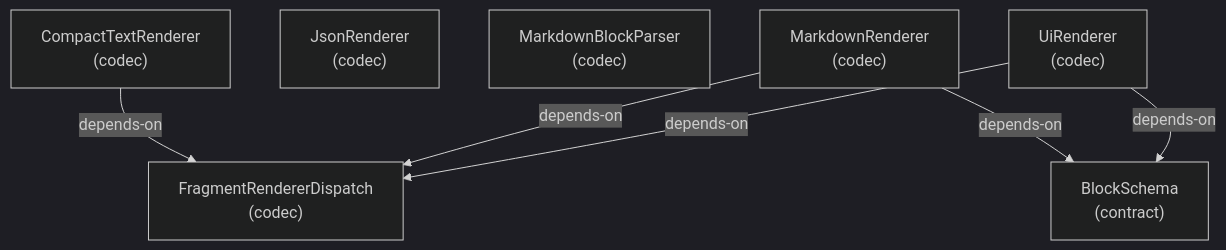
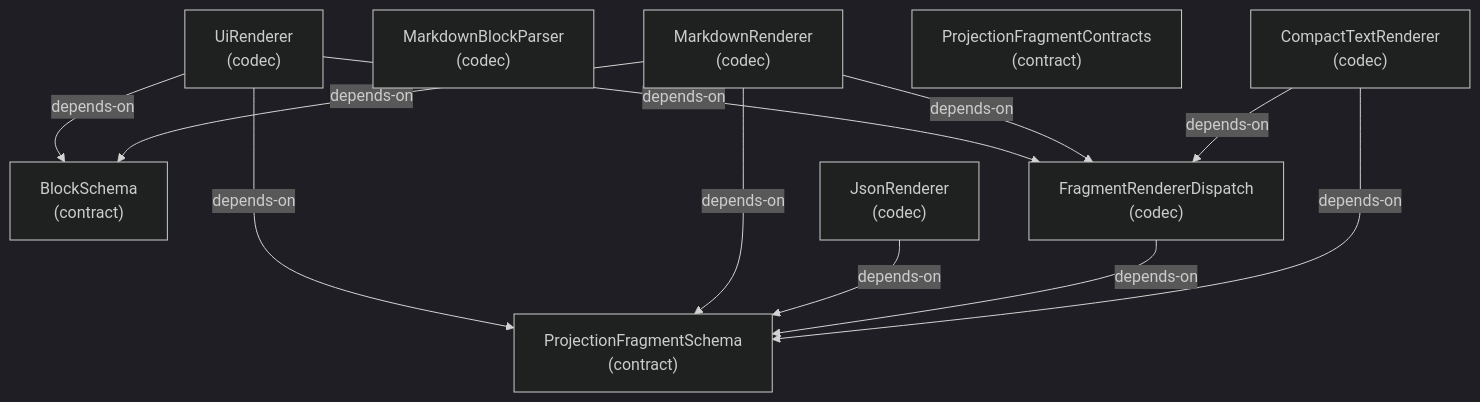
One commit to libar-dev/architect changed diagram 19 of 23 in docs-live/ARCHITECTURE.md. Above: the diagram before and after it, drawn with Mermaid (dark theme). The commit also changed other lines of this file and 32 other files, not shown here.

````diff
--- a/docs-live/ARCHITECTURE.md
+++ b/docs-live/ARCHITECTURE.md
@@ -408,15 +407,22 @@
 ```mermaid
 graph TD
   blockschema["BlockSchema<br/>(contract)"]
   compacttextrenderer["CompactTextRenderer<br/>(codec)"]
   fragmentrendererdispatch["FragmentRendererDispatch<br/>(codec)"]
   jsonrenderer["JsonRenderer<br/>(codec)"]
   markdownblockparser["MarkdownBlockParser<br/>(codec)"]
   markdownrenderer["MarkdownRenderer<br/>(codec)"]
+  projectionfragmentcontracts["ProjectionFragmentContracts<br/>(contract)"]
+  projectionfragmentschema["ProjectionFragmentSchema<br/>(contract)"]
   uirenderer["UiRenderer<br/>(codec)"]
   compacttextrenderer -->|depends-on| fragmentrendererdispatch
+  compacttextrenderer -->|depends-on| projectionfragmentschema
+  fragmentrendererdispatch -->|depends-on| projectionfragmentschema
+  jsonrenderer -->|depends-on| projectionfragmentschema
   markdownrenderer -->|depends-on| blockschema
   markdownrenderer -->|depends-on| fragmentrendererdispatch
+  markdownrenderer -->|depends-on| projectionfragmentschema
   uirenderer -->|depends-on| blockschema
   uirenderer -->|depends-on| fragmentrendererdispatch
+  uirenderer -->|depends-on| projectionfragmentschema
 ```
````
